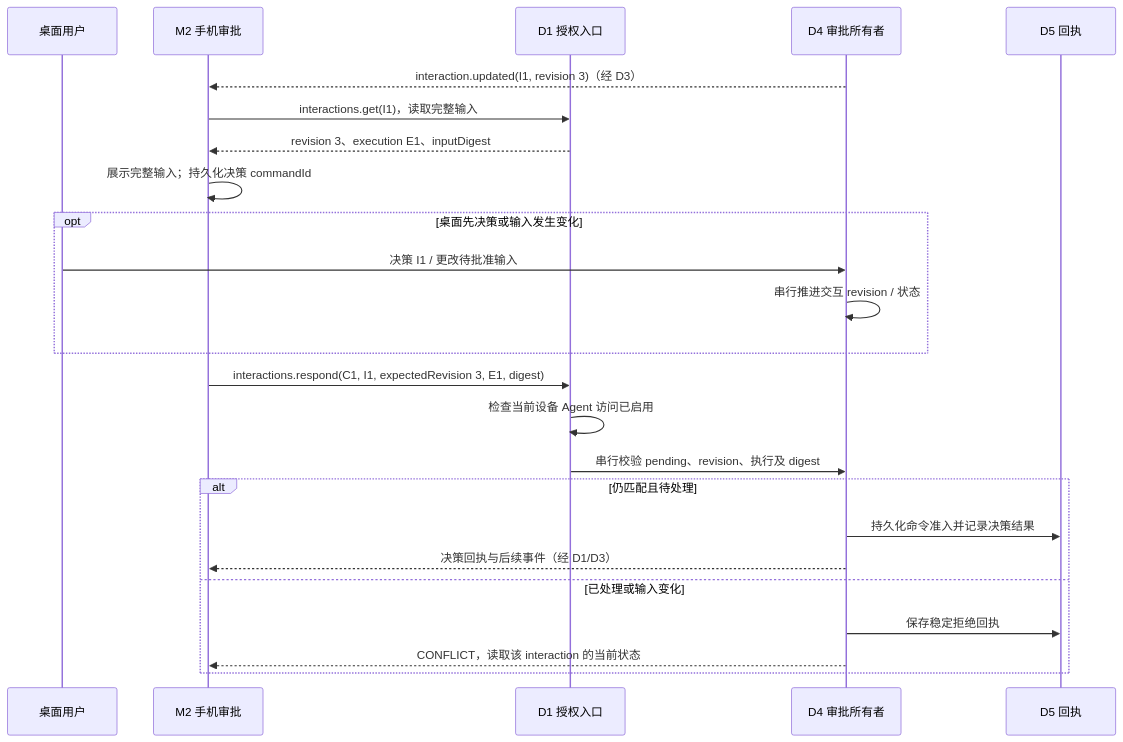
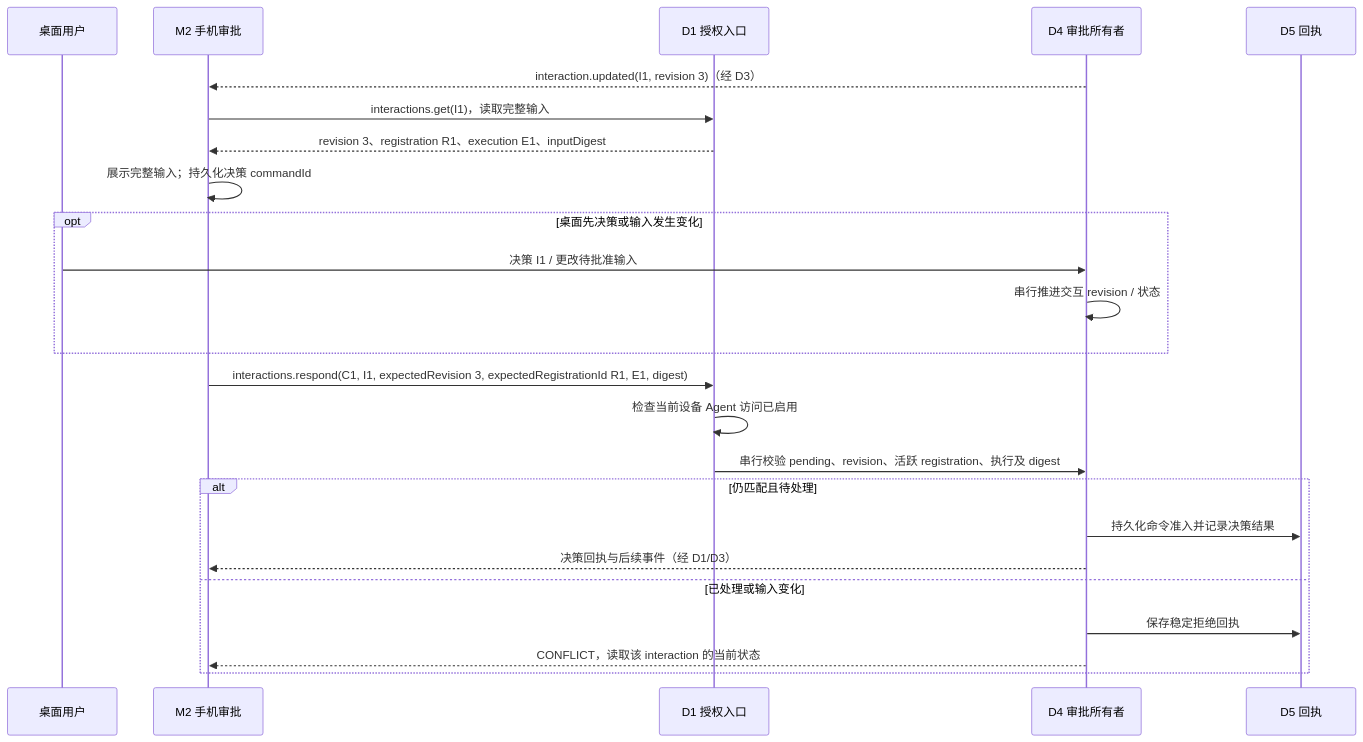
Before and after one commit to CherryHQ/cherry-studio: diagram 11 of 15 in docs/dev/references/ai/remote-agent-sequences.md, drawn with Mermaid. The commit also changed 86 other files, not shown here.

````diff
--- a/docs/dev/references/ai/remote-agent-sequences.md
+++ b/docs/dev/references/ai/remote-agent-sequences.md
@@ -390,26 +390,26 @@
 ```mermaid
 sequenceDiagram
     participant U as 桌面用户
     participant M as M2 手机审批
     participant G as D1 授权入口
     participant E as D4 审批所有者
     participant D as D5 回执
     E-->>M: interaction.updated(I1, revision 3)（经 D3）
     M->>G: interactions.get(I1)，读取完整输入
-    G-->>M: revision 3、execution E1、inputDigest
+    G-->>M: revision 3、registration R1、execution E1、inputDigest
     M->>M: 展示完整输入；持久化决策 commandId
     opt 桌面先决策或输入发生变化
         U->>E: 决策 I1 / 更改待批准输入
         E->>E: 串行推进交互 revision / 状态
     end
-    M->>G: interactions.respond(C1, I1, expectedRevision 3, E1, digest)
+    M->>G: interactions.respond(C1, I1, expectedRevision 3, expectedRegistrationId R1, E1, digest)
     G->>G: 检查当前设备 Agent 访问已启用
-    G->>E: 串行校验 pending、revision、执行及 digest
+    G->>E: 串行校验 pending、revision、活跃 registration、执行及 digest
     alt 仍匹配且待处理
         E->>D: 持久化命令准入并记录决策结果
         E-->>M: 决策回执与后续事件（经 D1/D3）
     else 已处理或输入变化
         E->>D: 保存稳定拒绝回执
         E-->>M: CONFLICT，读取该 interaction 的当前状态
     end
 ```
````
